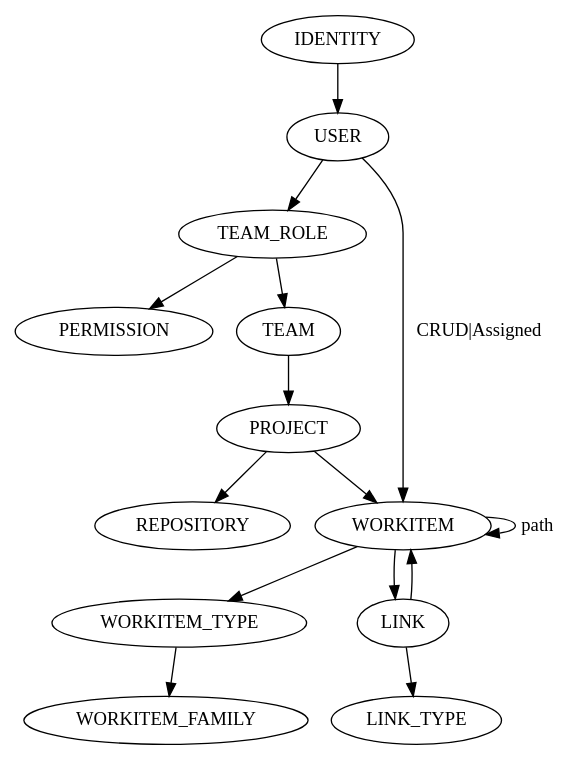
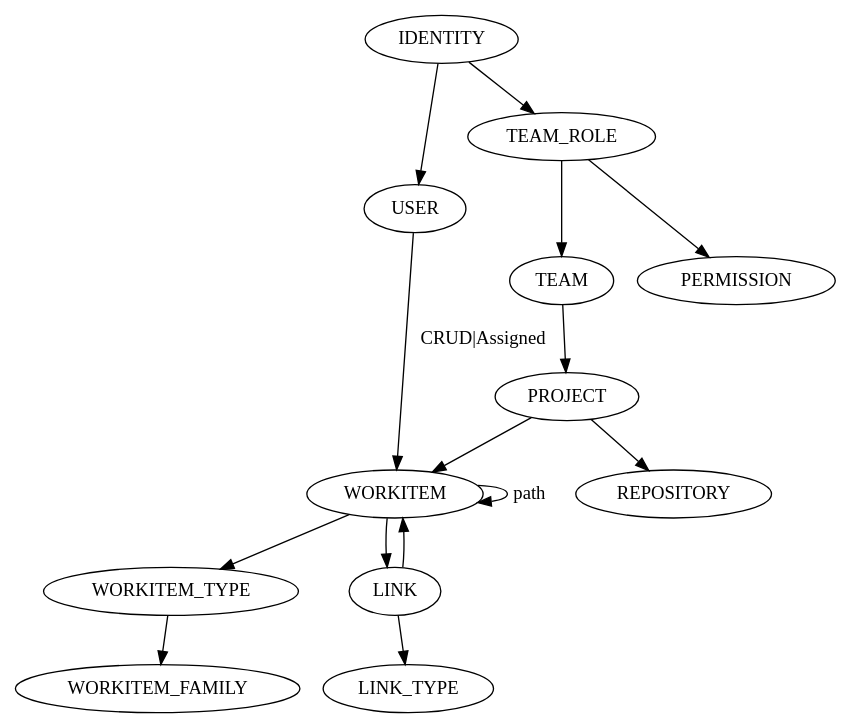
The diagram in _blueprints/model_overview.adoc (fabric8-services/fabric8-devdoc), drawn with Graphviz before and after one commit.

Commit message:
Model: Permissions tied to Identity, not User

```diff
--- a/_blueprints/model_overview.adoc
+++ b/_blueprints/model_overview.adoc
@@ -6,26 +6,26 @@
 [graphviz, do, svg]
 ----
 digraph G {
 	IDENTITY -> USER
 	
-	USER -> TEAM_ROLE
+	IDENTITY -> TEAM_ROLE
 	USER -> WORKITEM[label="CRUD|Assigned"]
 	
 	TEAM_ROLE -> TEAM
 	TEAM_ROLE -> PERMISSION
 
 	TEAM -> PROJECT
 	
 	
 	PROJECT -> WORKITEM
 	PROJECT -> REPOSITORY
 
 	WORKITEM -> WORKITEM [label="path"]
 	WORKITEM -> WORKITEM_TYPE
 	WORKITEM -> LINK
 	WORKITEM_TYPE -> WORKITEM_FAMILY
 
 	LINK -> WORKITEM
 	LINK -> LINK_TYPE
 }
 ----
```
